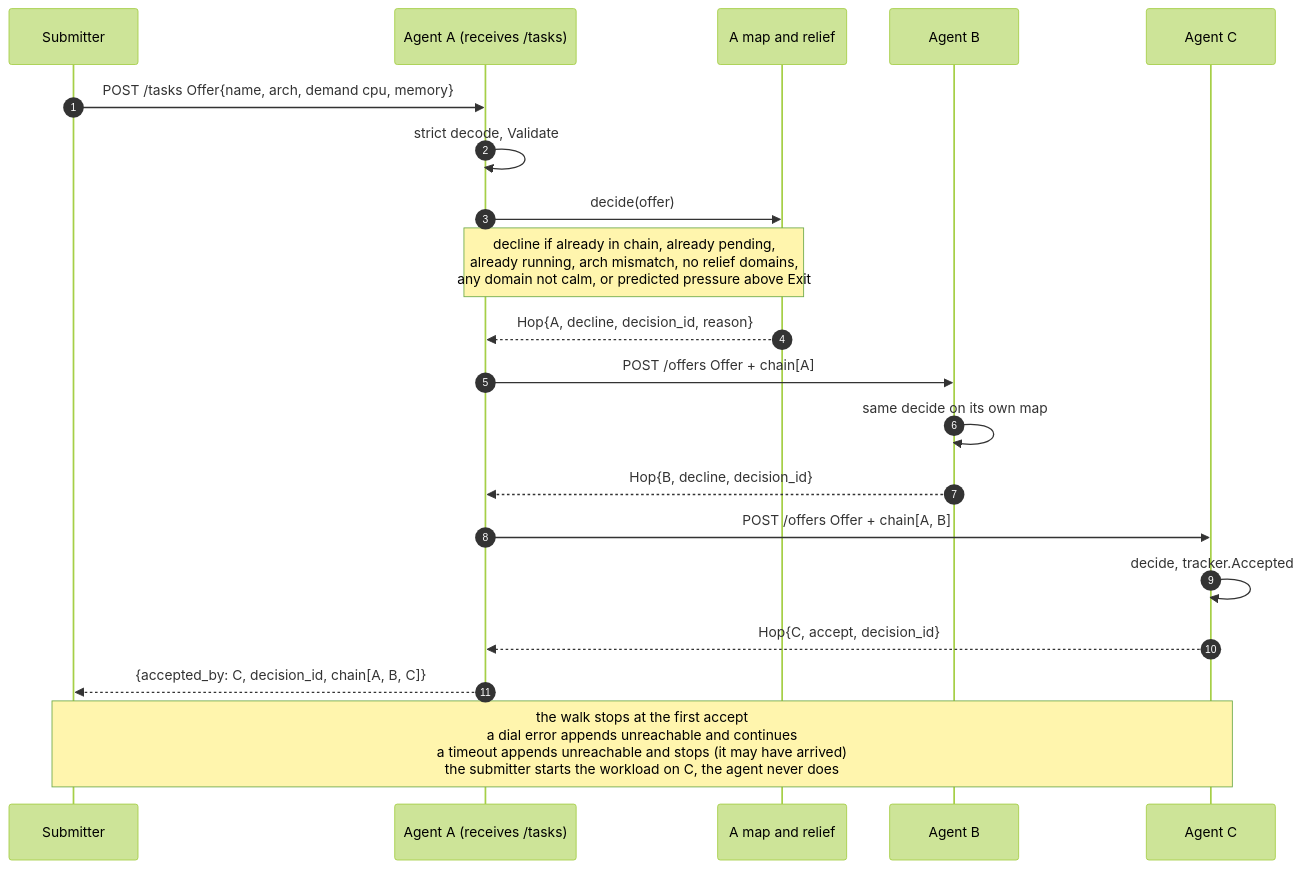
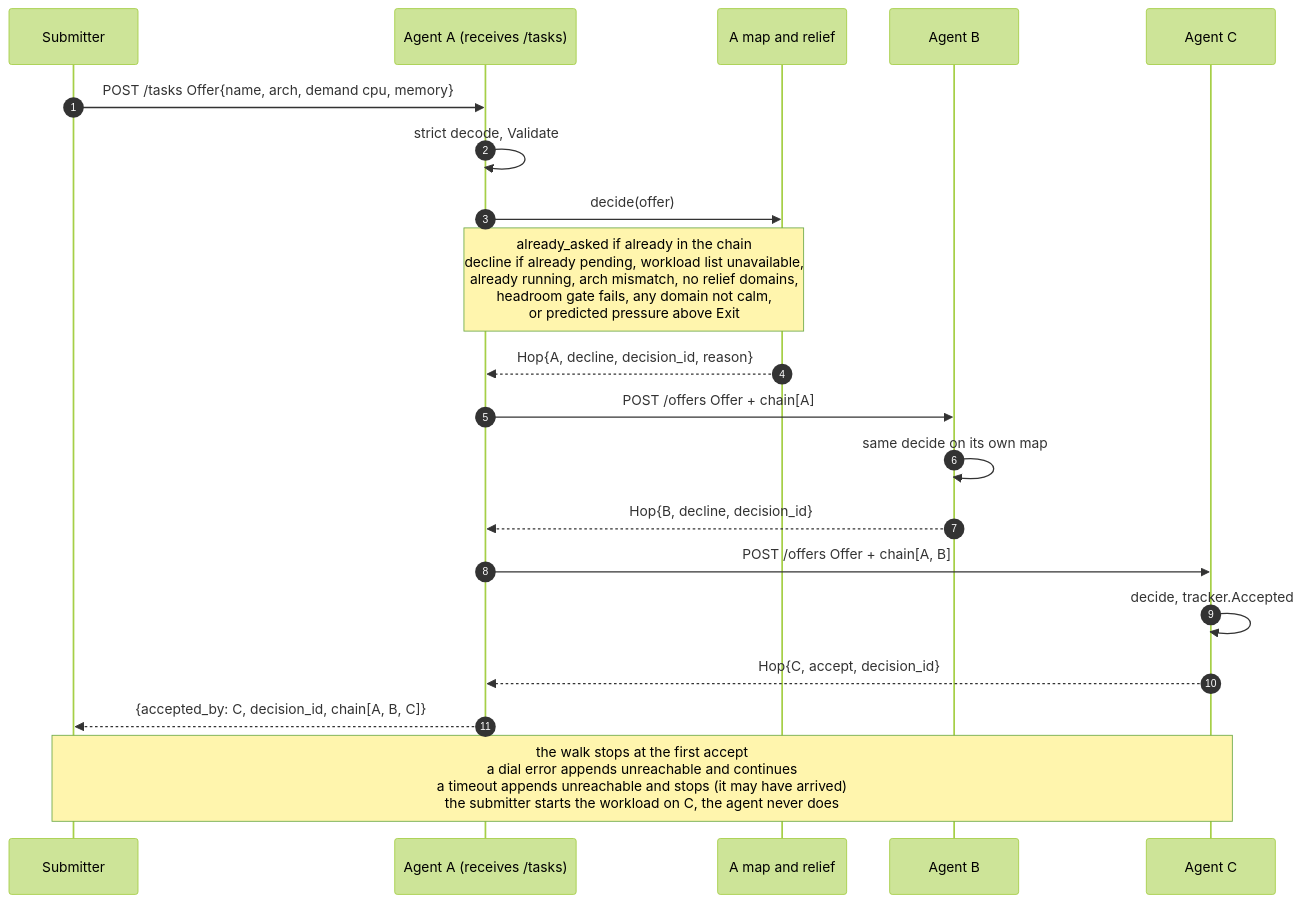
One commit to DiyazY/di-agent changed the tenth of 21 diagrams in docs/architecture-diagrams.md. Above: the diagram before and after it, drawn with Mermaid (forest theme). The commit also changed other lines of this file and 10 other files, not shown here.

First line of the commit message:
docs: correct diagrams and contract counts from PR review

````diff
--- a/docs/architecture-diagrams.md
+++ b/docs/architecture-diagrams.md
@@ -352,23 +367,23 @@
 ```mermaid
 sequenceDiagram
     autonumber
     participant S as Submitter
     participant A as Agent A (receives /tasks)
     participant MA as A map and relief
     participant B as Agent B
     participant C as Agent C
 
     S->>A: POST /tasks Offer{name, arch, demand cpu, memory}
     A->>A: strict decode, Validate
     A->>MA: decide(offer)
-    Note over A,MA: decline if already in chain, already pending,<br/>already running, arch mismatch, no relief domains,<br/>any domain not calm, or predicted pressure above Exit
+    Note over A,MA: already_asked if already in the chain<br/>decline if already pending, workload list unavailable,<br/>already running, arch mismatch, no relief domains,<br/>headroom gate fails, any domain not calm,<br/>or predicted pressure above Exit
     MA-->>A: Hop{A, decline, decision_id, reason}
     A->>B: POST /offers Offer + chain[A]
     B->>B: same decide on its own map
     B-->>A: Hop{B, decline, decision_id}
     A->>C: POST /offers Offer + chain[A, B]
     C->>C: decide, tracker.Accepted
     C-->>A: Hop{C, accept, decision_id}
     A-->>S: {accepted_by: C, decision_id, chain[A, B, C]}
     Note over S,C: the walk stops at the first accept<br/>a dial error appends unreachable and continues<br/>a timeout appends unreachable and stops (it may have arrived)<br/>the submitter starts the workload on C, the agent never does
 ```
````
